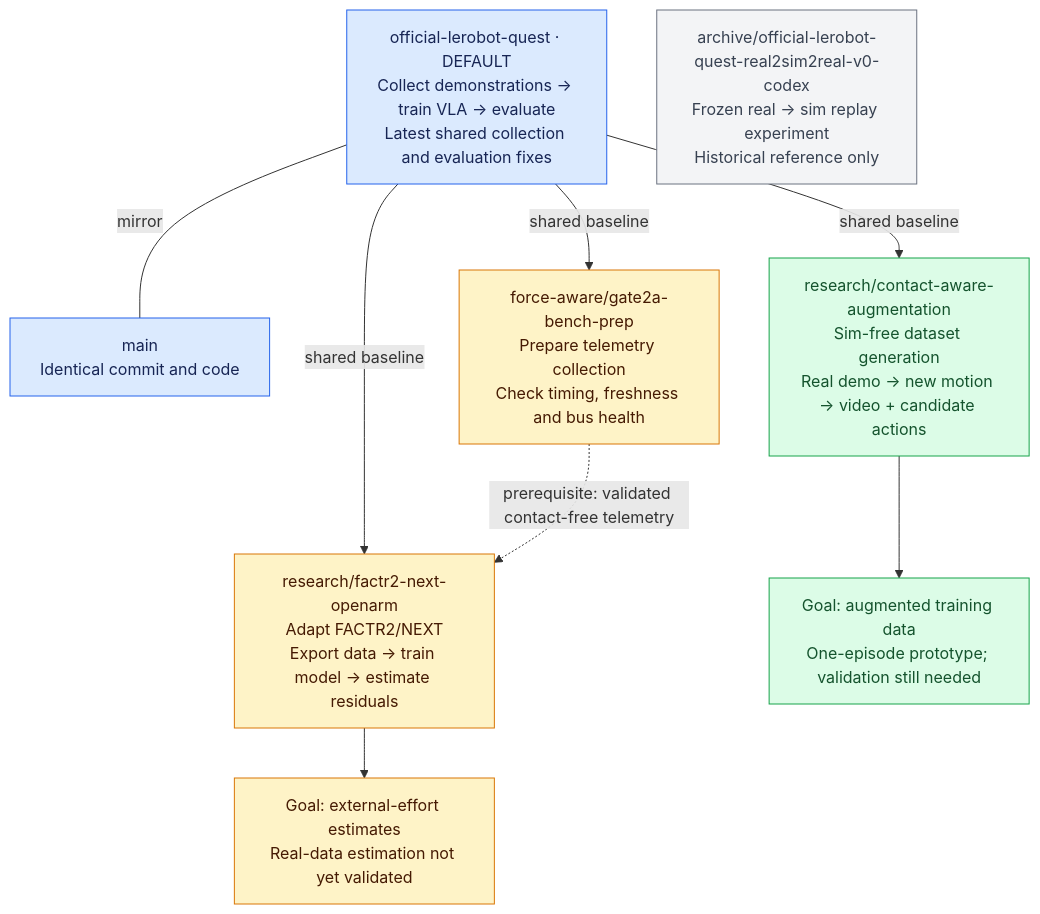
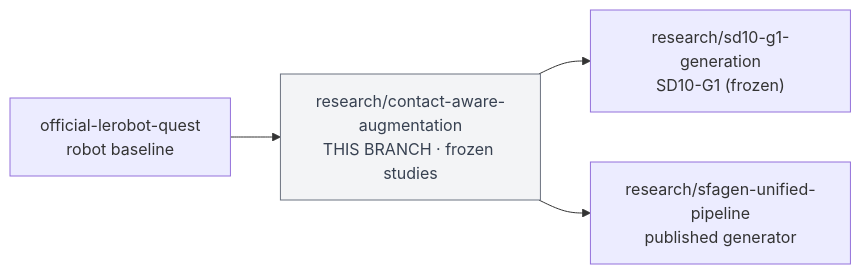
The diagram in README.md (StanleyChueh/lerobot_openarm), drawn with Mermaid before and after one commit. The commit also changed other lines of this file, not shown here.

First line of the commit message:
docs: branch README for the frozen sim-free study history

````diff
--- a/README.md
+++ b/README.md
@@ -8,25 +11,8 @@
 ```mermaid
-flowchart TB
-    BASE["official-lerobot-quest · DEFAULT<br/>Collect demonstrations → train VLA → evaluate<br/>Latest shared collection and evaluation fixes"]
-    MAIN["main<br/>Identical commit and code"]
-    BASE ---|mirror| MAIN
-
-    BASE -->|shared baseline| BENCH["force-aware/gate2a-bench-prep<br/>Prepare telemetry collection<br/>Check timing, freshness and bus health"]
-    BASE -->|shared baseline| NEXT["research/factr2-next-openarm<br/>Adapt FACTR2/NEXT<br/>Export data → train model → estimate residuals"]
-    BASE -->|shared baseline| SIMFREE["research/contact-aware-augmentation<br/>Sim-free dataset generation<br/>Real demo → new motion → video + candidate actions"]
-
-    BENCH -.->|"prerequisite: validated contact-free telemetry"| NEXT
-    NEXT --> FORCE["Goal: external-effort estimates<br/>Real-data estimation not yet validated"]
-    SIMFREE --> SYNTH["Goal: augmented training data<br/>One-episode prototype; validation still needed"]
-
-    ARCHIVE["archive/official-lerobot-quest-real2sim2real-v0-codex<br/>Frozen real → sim replay experiment<br/>Historical reference only"]
-
-    classDef baseline fill:#dbeafe,stroke:#2563eb,color:#172554
-    classDef force fill:#fef3c7,stroke:#d97706,color:#451a03
-    classDef generation fill:#dcfce7,stroke:#16a34a,color:#14532d
-    classDef archived fill:#f3f4f6,stroke:#6b7280,color:#374151
-    class BASE,MAIN baseline
-    class BENCH,NEXT,FORCE force
-    class SIMFREE,SYNTH generation
-    class ARCHIVE archived
+flowchart LR
+    BASE["official-lerobot-quest<br/>robot baseline"] --> THIS["research/contact-aware-augmentation<br/>THIS BRANCH · frozen studies"]
+    THIS --> G1["research/sd10-g1-generation<br/>SD10-G1 (frozen)"]
+    THIS --> SFAGEN["research/sfagen-unified-pipeline<br/>published generator"]
+    classDef me fill:#f3f4f6,stroke:#6b7280,color:#374151
+    class THIS me
 ```
````
